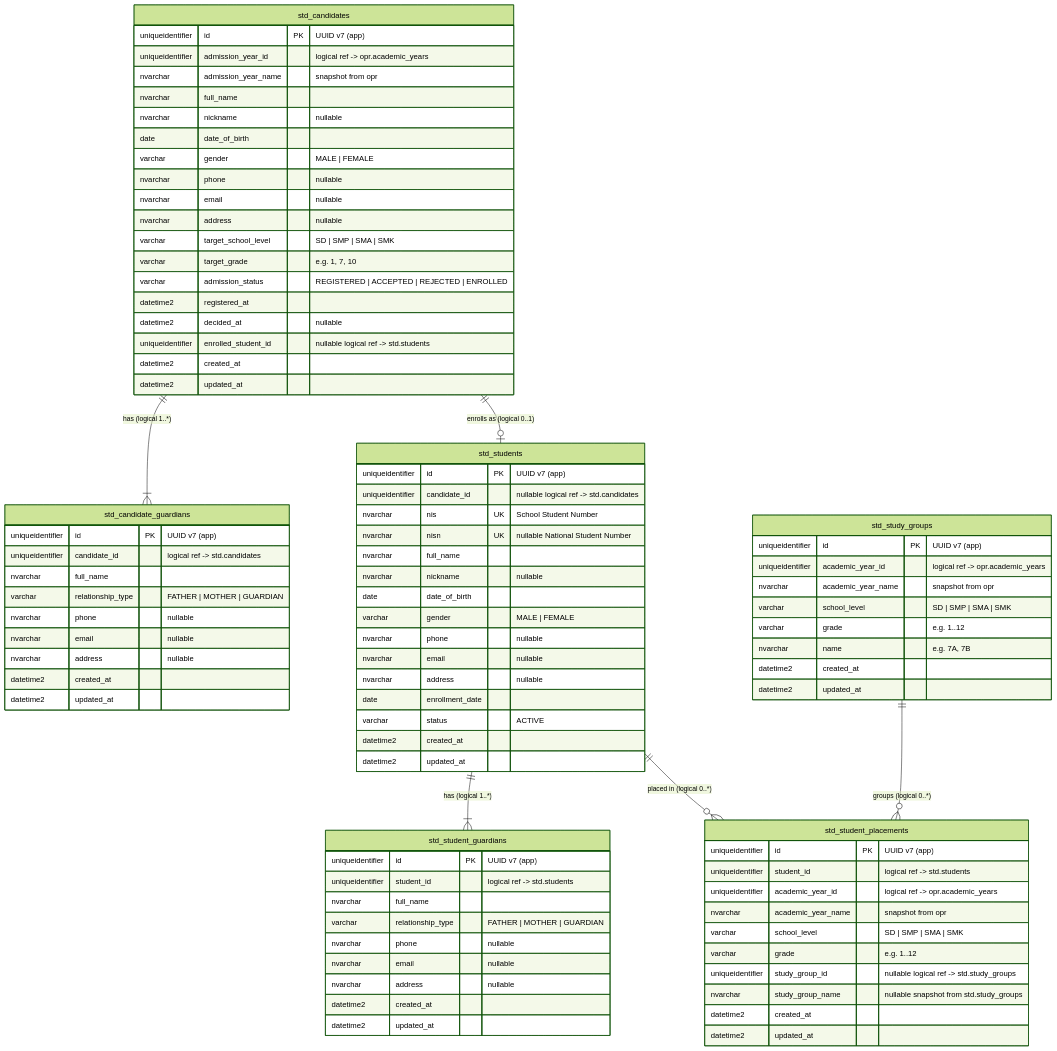
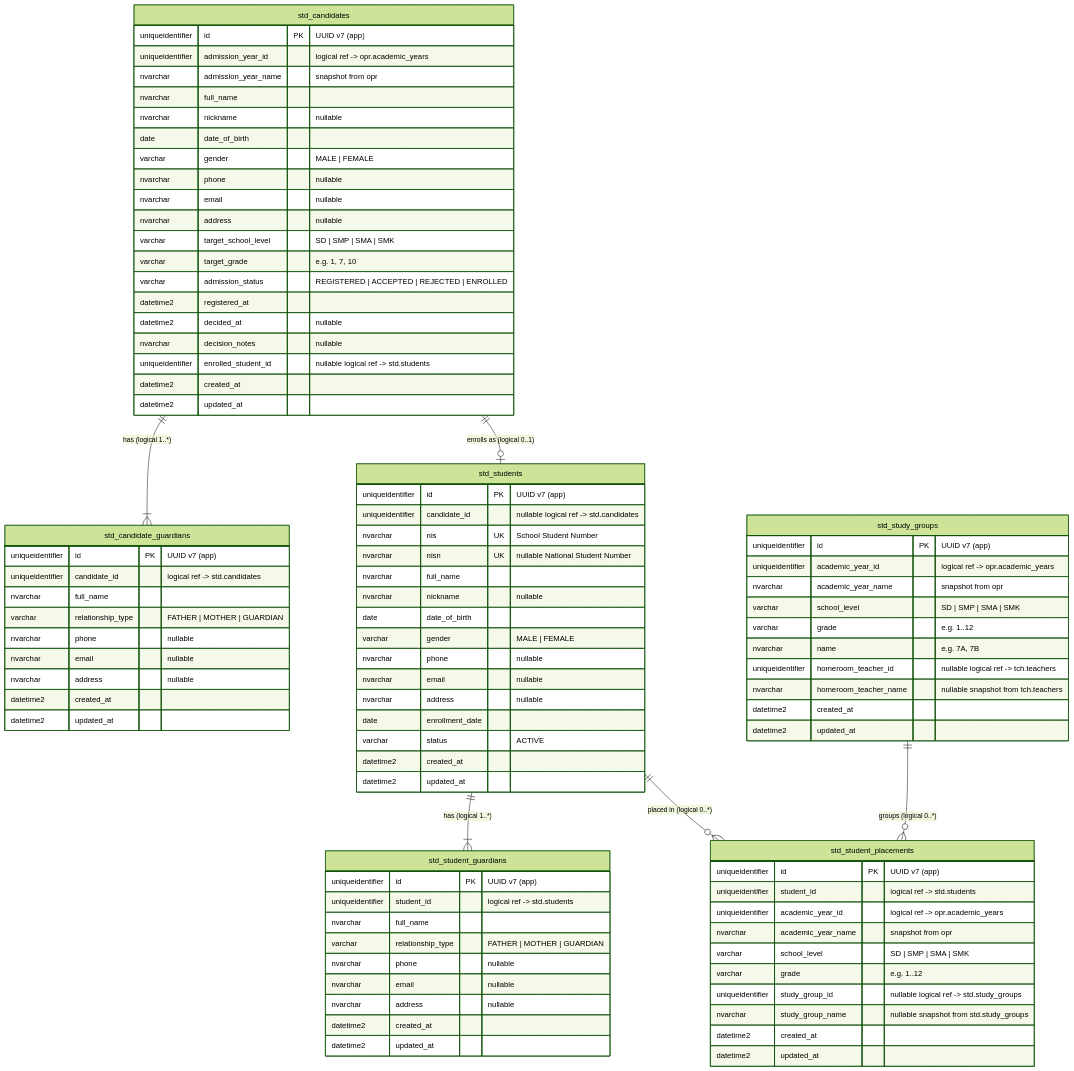
The diagram in docs/architecture/student-tables-design.md (druryyl/elsasa-sis-v4), drawn with Mermaid (forest theme) before and after one commit. The commit also changed other lines of this file and 362 other files, not shown here.

```diff
--- a/docs/architecture/student-tables-design.md
+++ b/docs/architecture/student-tables-design.md
@@ -92,6 +92,7 @@
         varchar admission_status "REGISTERED | ACCEPTED | REJECTED | ENROLLED"
         datetime2 registered_at
         datetime2 decided_at "nullable"
+        nvarchar decision_notes "nullable"
         uniqueidentifier enrolled_student_id "nullable logical ref -> std.students"
         datetime2 created_at
         datetime2 updated_at
@@ -146,6 +147,8 @@
         varchar school_level "SD | SMP | SMA | SMK"
         varchar grade "e.g. 1..12"
         nvarchar name "e.g. 7A, 7B"
+        uniqueidentifier homeroom_teacher_id "nullable logical ref -> tch.teachers"
+        nvarchar homeroom_teacher_name "nullable snapshot from tch.teachers"
         datetime2 created_at
         datetime2 updated_at
     }
```
